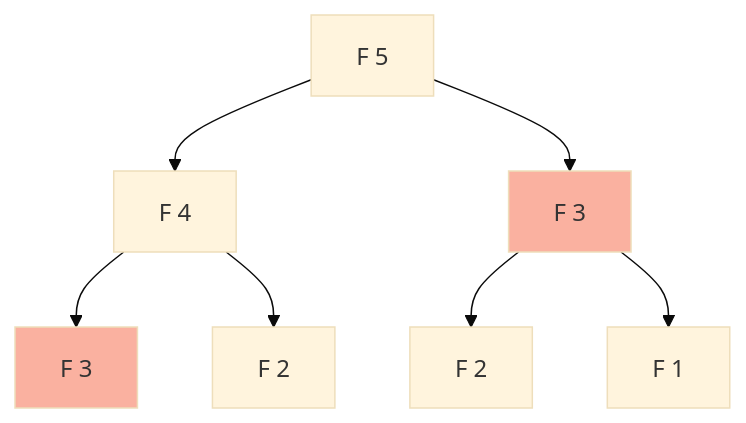
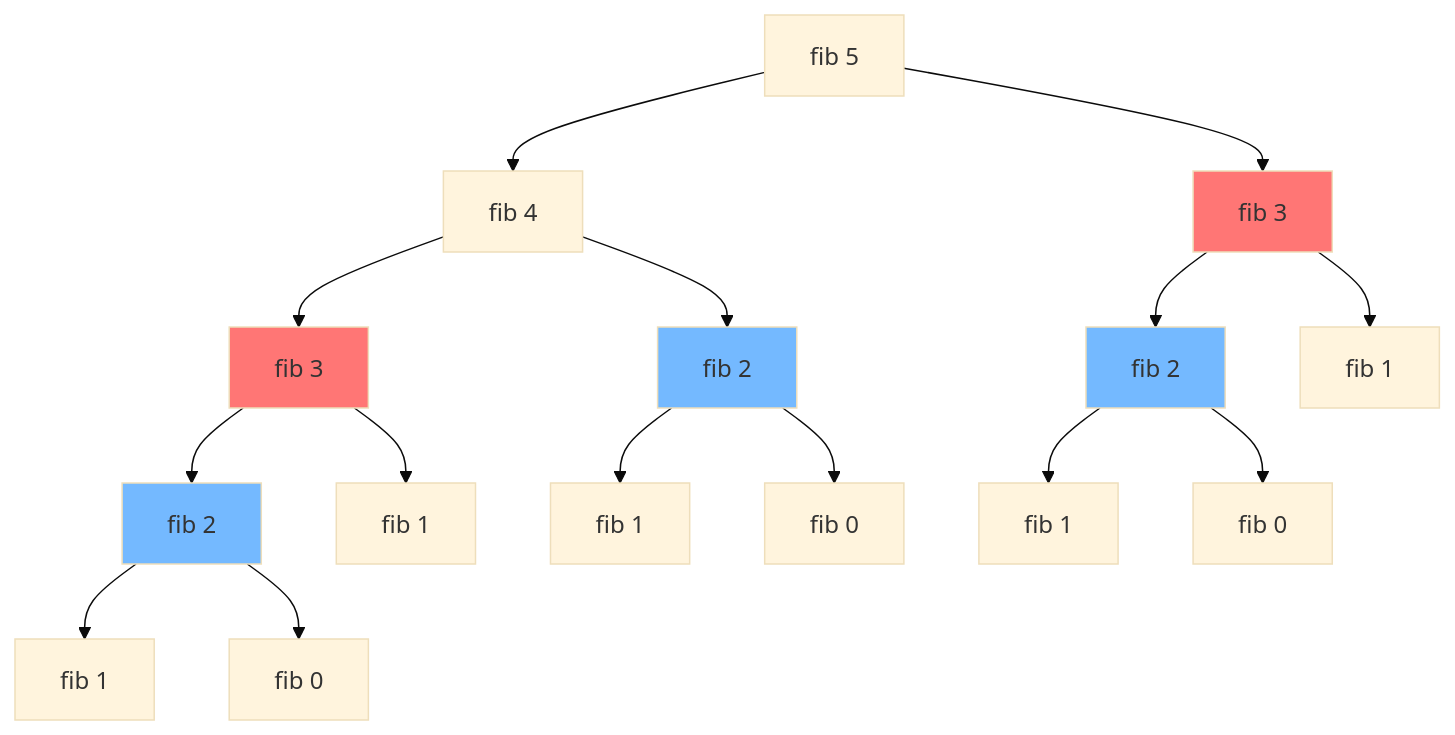
Before and after one commit to srinivasboini/interview-prep: the diagram in algorithms/algorithms/13-dynamic-programming-intro.md, drawn with Mermaid (base theme). The commit also changed other lines of this file and 50 other files, not shown here.

````diff
--- a/algorithms/algorithms/13-dynamic-programming-intro.md
+++ b/algorithms/algorithms/13-dynamic-programming-intro.md
@@ -25,12 +50,23 @@
 ```mermaid
 graph TD
-    F5[F 5] --> F4[F 4]
-    F5 --> F3[F 3]
-    F4 --> F3_2[F 3]
-    F4 --> F2[F 2]
-    F3 --> F2_2[F 2]
-    F3 --> F1[F 1]
+    F5[fib 5] --> F4[fib 4]
+    F5 --> F3a[fib 3]
+    F4 --> F3b[fib 3]
+    F4 --> F2a[fib 2]
+    F3a --> F2b[fib 2]
+    F3a --> F1a[fib 1]
+    F3b --> F2c[fib 2]
+    F3b --> F1b[fib 1]
+    F2a --> F1c[fib 1]
+    F2a --> F0a[fib 0]
+    F2b --> F1d[fib 1]
+    F2b --> F0b[fib 0]
+    F2c --> F1e[fib 1]
+    F2c --> F0c[fib 0]
     
-    style F3 fill:#fab1a0
-    style F3_2 fill:#fab1a0
+    style F3a fill:#ff7675
+    style F3b fill:#ff7675
+    style F2a fill:#74b9ff
+    style F2b fill:#74b9ff
+    style F2c fill:#74b9ff
 ```
````
